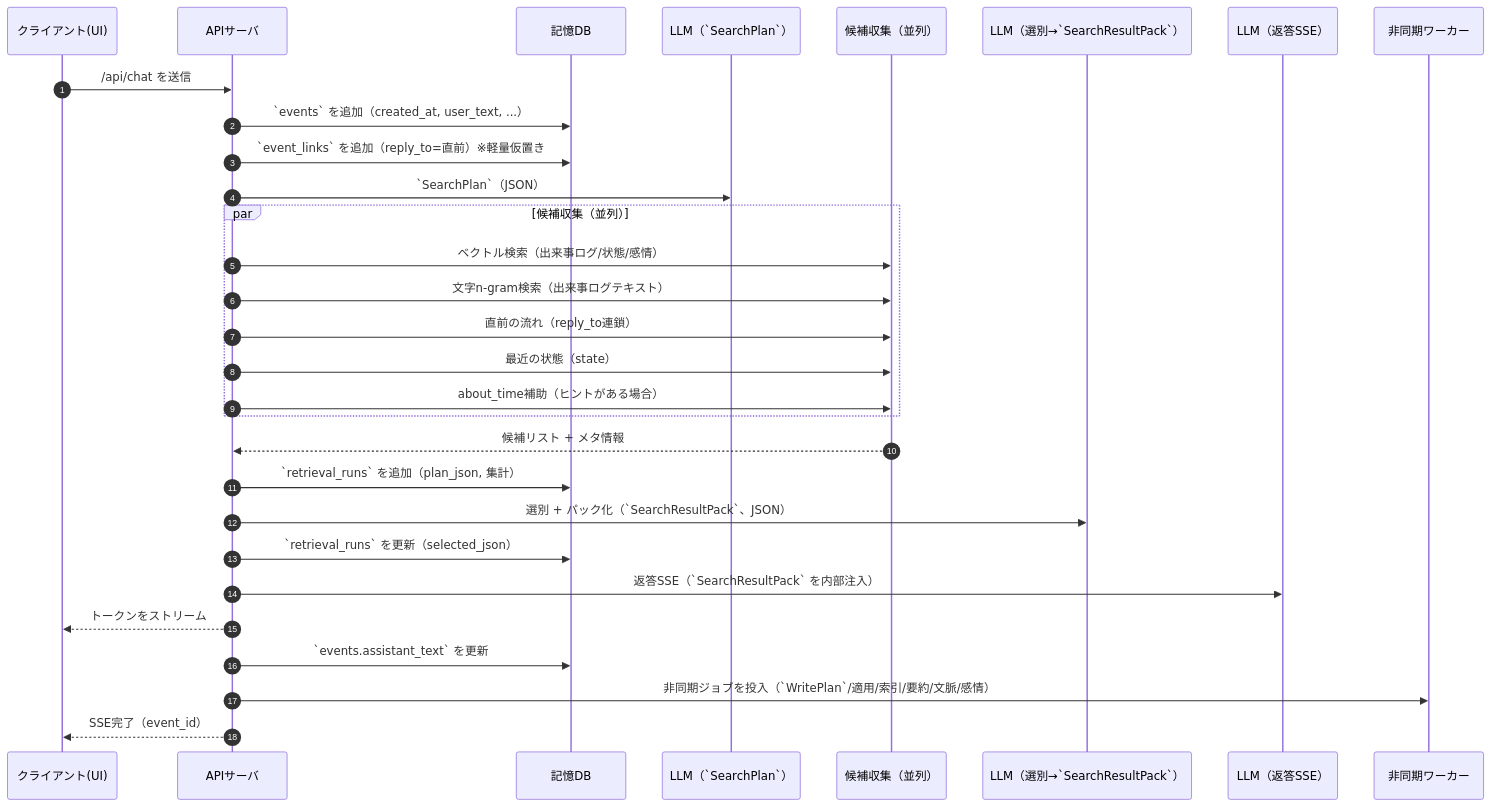
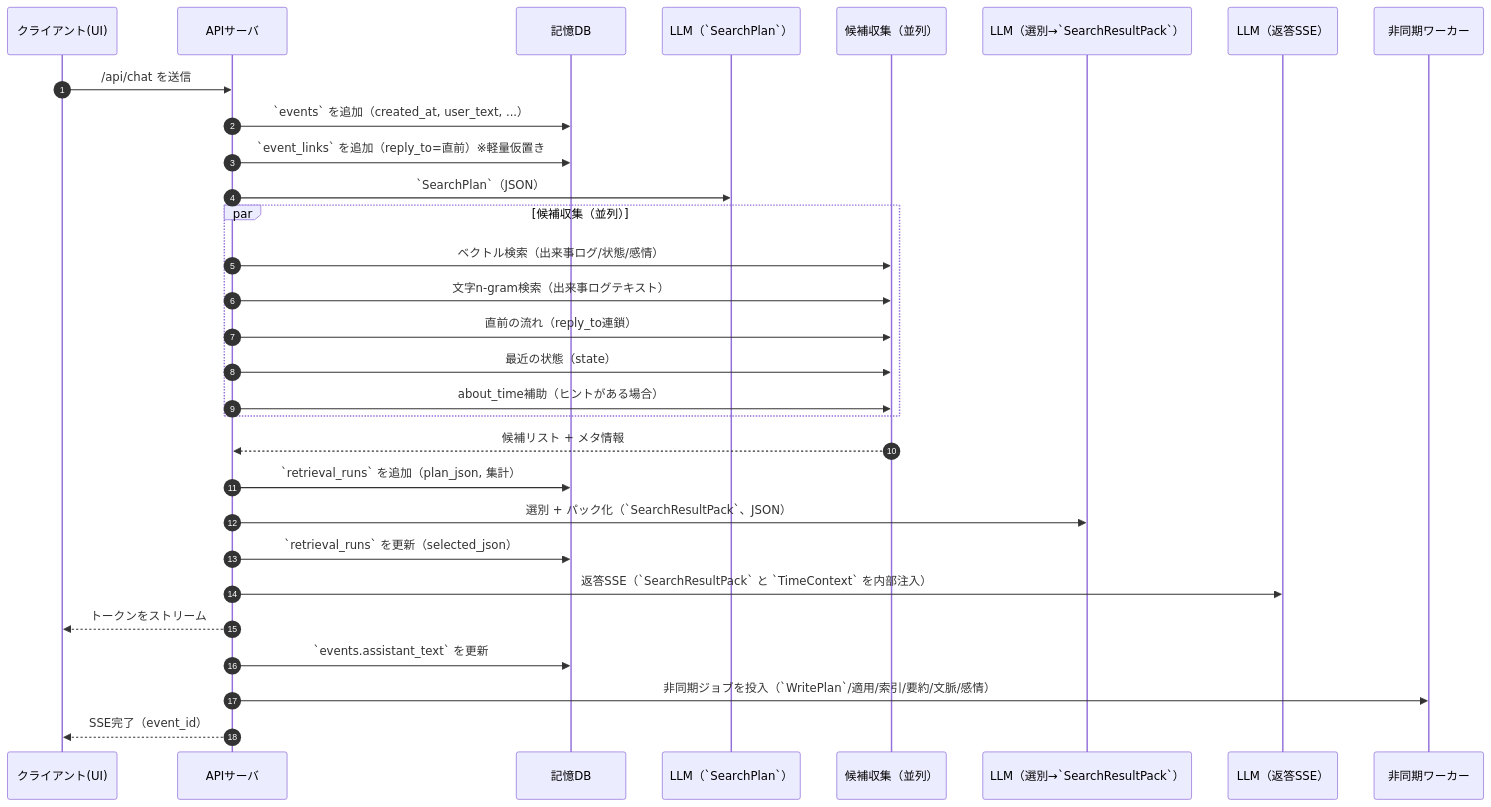
The diagram in docs/10_実行フロー.md (hirona98/CocoroGhost), drawn with Mermaid before and after one commit. The commit also changed other lines of this file and 2 other files, not shown here.

Commit message:
タイムギャップ追加

````diff
--- a/docs/10_実行フロー.md
+++ b/docs/10_実行フロー.md
@@ -20,33 +20,33 @@
 ```mermaid
 sequenceDiagram
   autonumber
   participant UI as クライアント(UI)
   participant API as APIサーバ
   participant DB as 記憶DB
   participant L1 as LLM（`SearchPlan`）
   participant G as 候補収集（並列）
   participant L2 as LLM（選別→`SearchResultPack`）
   participant L3 as LLM（返答SSE）
   participant W as 非同期ワーカー
 
   UI->>API: /api/chat を送信
   API->>DB: `events` を追加（created_at, user_text, ...）
   API->>DB: `event_links` を追加（reply_to=直前）※軽量仮置き
   API->>L1: `SearchPlan`（JSON）
   par 候補収集（並列）
     API->>G: ベクトル検索（出来事ログ/状態/感情）
     API->>G: 文字n-gram検索（出来事ログテキスト）
     API->>G: 直前の流れ（reply_to連鎖）
     API->>G: 最近の状態（state）
     API->>G: about_time補助（ヒントがある場合）
   end
   G-->>API: 候補リスト + メタ情報
   API->>DB: `retrieval_runs` を追加（plan_json, 集計）
   API->>L2: 選別 + パック化（`SearchResultPack`、JSON）
   API->>DB: `retrieval_runs` を更新（selected_json）
-  API->>L3: 返答SSE（`SearchResultPack` を内部注入）
+  API->>L3: 返答SSE（`SearchResultPack` と `TimeContext` を内部注入）
   API-->>UI: トークンをストリーム
   API->>DB: `events.assistant_text` を更新
   API->>W: 非同期ジョブを投入（`WritePlan`/適用/索引/要約/文脈/感情）
   API-->>UI: SSE完了（event_id）
 ```
````
